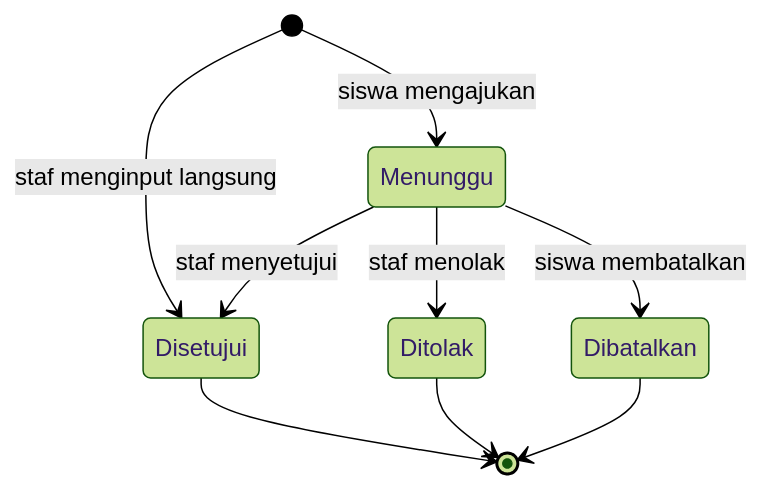
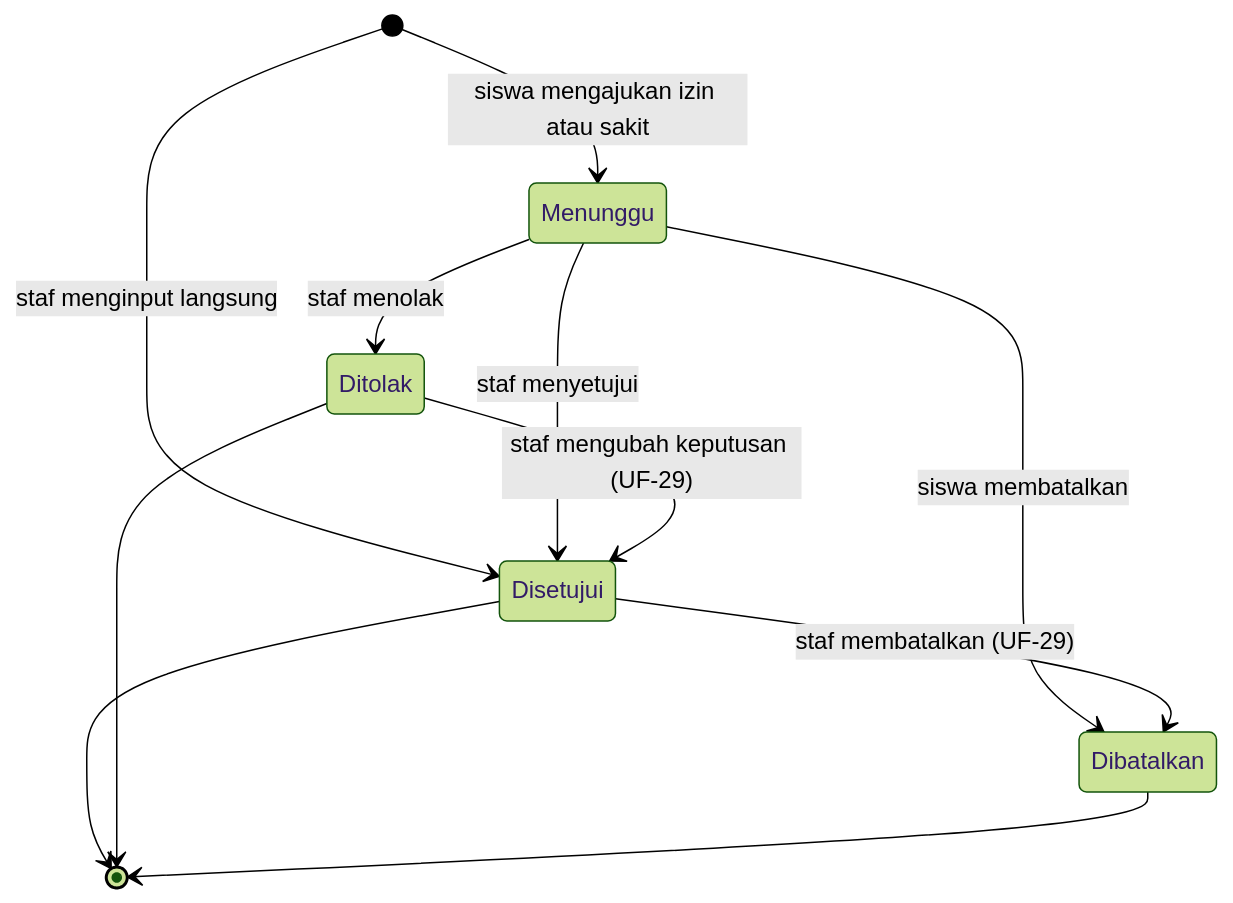
The second of 2 diagrams in docs/03-user-flow.md (arumiforge/spensada), drawn with Mermaid (forest theme) before and after one commit. The commit also changed other lines of this file and 4 other files, not shown here.

````diff
--- a/docs/03-user-flow.md
+++ b/docs/03-user-flow.md
@@ -445,11 +512,13 @@
 ```mermaid
 stateDiagram-v2
-    [*] --> Menunggu: siswa mengajukan
+    [*] --> Menunggu: siswa mengajukan izin atau sakit
     [*] --> Disetujui: staf menginput langsung
     Menunggu --> Disetujui: staf menyetujui
     Menunggu --> Ditolak: staf menolak
     Menunggu --> Dibatalkan: siswa membatalkan
+    Disetujui --> Dibatalkan: staf membatalkan (UF-29)
+    Ditolak --> Disetujui: staf mengubah keputusan (UF-29)
     Disetujui --> [*]
     Ditolak --> [*]
     Dibatalkan --> [*]
 ```
````
